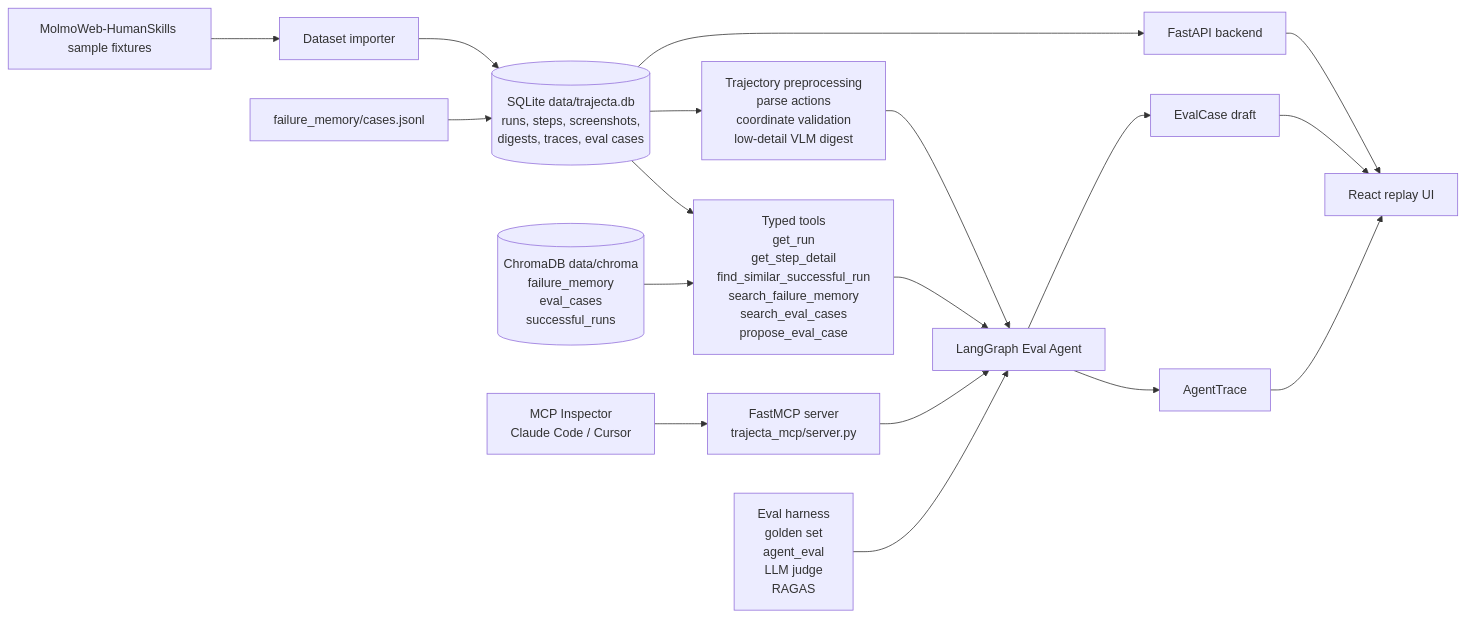
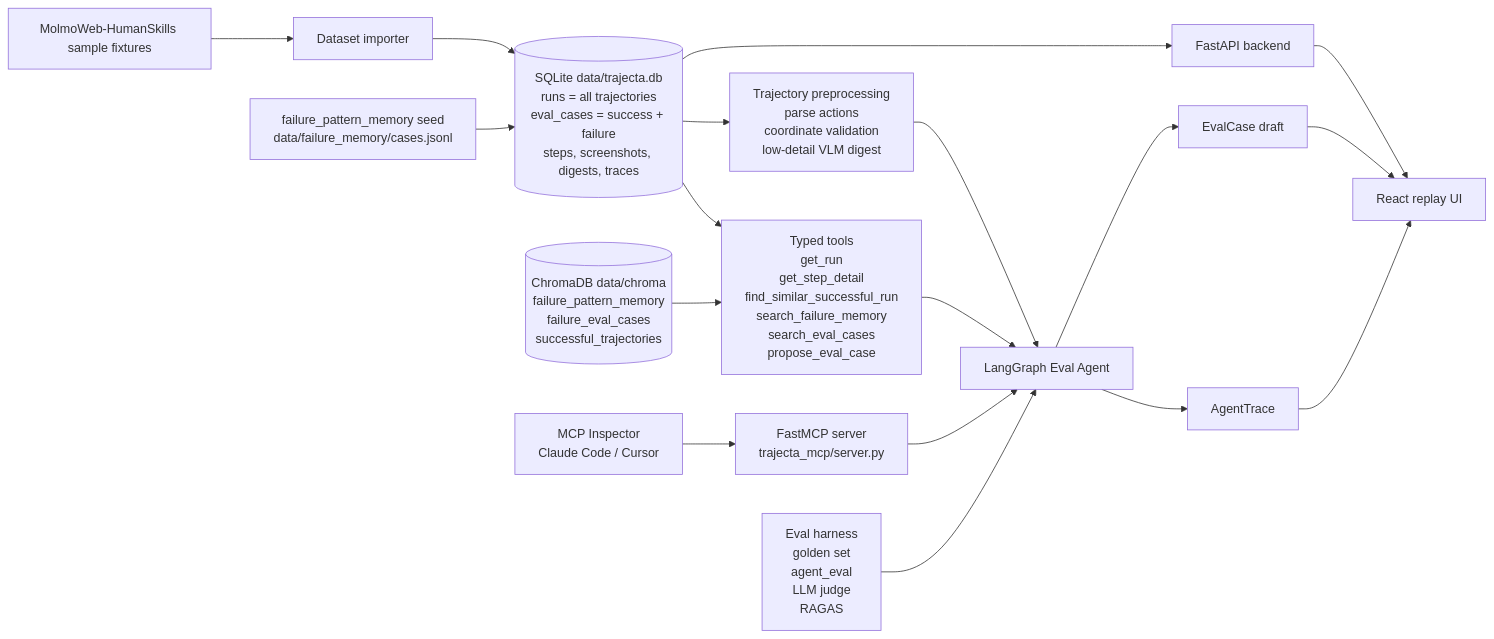
One commit to X1nzhe/Trajecta changed the diagram in docs/architecture.md. Above: the diagram before and after it, drawn with Mermaid. The commit also changed other lines of this file and 9 other files, not shown here.

````diff
--- a/docs/architecture.md
+++ b/docs/architecture.md
@@ -64,20 +64,20 @@
 ```mermaid
 flowchart LR
   Dataset["MolmoWeb-HumanSkills sample fixtures"] --> Importer["Dataset importer"]
-  Importer --> SQLite[("SQLite data/trajecta.db<br/>runs, steps, screenshots,<br/>digests, traces, eval cases")]
-  FailureSeed["failure_memory/cases.jsonl"] --> SQLite
+  Importer --> SQLite[("SQLite data/trajecta.db<br/>runs = all trajectories<br/>eval_cases = success + failure<br/>steps, screenshots, digests, traces")]
+  FailureSeed["failure_pattern_memory seed<br/>data/failure_memory/cases.jsonl"] --> SQLite
   SQLite --> Preprocess["Trajectory preprocessing<br/>parse actions<br/>coordinate validation<br/>low-detail VLM digest"]
   Preprocess --> Agent["LangGraph Eval Agent"]
   SQLite --> Tools["Typed tools<br/>get_run<br/>get_step_detail<br/>find_similar_successful_run<br/>search_failure_memory<br/>search_eval_cases<br/>propose_eval_case"]
-  Chroma[("ChromaDB data/chroma<br/>failure_memory<br/>eval_cases<br/>successful_runs")] --> Tools
+  Chroma[("ChromaDB data/chroma<br/>failure_pattern_memory<br/>failure_eval_cases<br/>successful_trajectories")] --> Tools
   Tools --> Agent
   Agent --> Draft["EvalCase draft"]
   Agent --> Trace["AgentTrace"]
   API["FastAPI backend"] --> UI["React replay UI"]
   SQLite --> API
   Draft --> UI
   Trace --> UI
   MCP["FastMCP server<br/>trajecta_mcp/server.py"] --> Agent
   Inspector["MCP Inspector<br/>Claude Code / Cursor"] --> MCP
   Eval["Eval harness<br/>golden set<br/>agent_eval<br/>LLM judge<br/>RAGAS"] --> Agent
 ```
````
